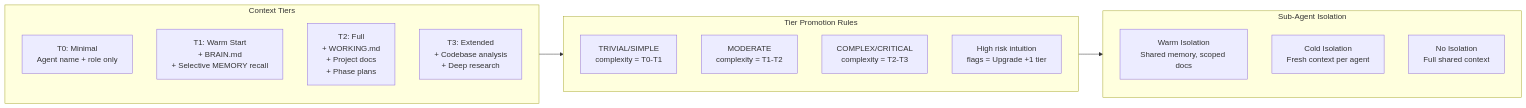
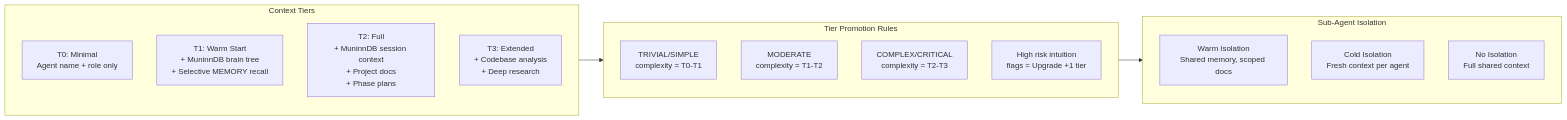
One commit to asibilia/luca-framework changed the eighth of 12 diagrams in docs/agent-framework/luca/framework-diagram.md. Above: the diagram before and after it, drawn with Mermaid. The commit also changed other lines of this file and 820 other files, not shown here.

````diff
--- a/docs/agent-framework/luca/framework-diagram.md
+++ b/docs/agent-framework/luca/framework-diagram.md
@@ -408,25 +408,25 @@
 ```mermaid
 flowchart LR
     subgraph Tiers["Context Tiers"]
         T0["T0: Minimal<br/>Agent name + role only"]
-        T1["T1: Warm Start<br/>+ BRAIN.md<br/>+ Selective MEMORY recall"]
-        T2["T2: Full<br/>+ WORKING.md<br/>+ Project docs<br/>+ Phase plans"]
+        T1["T1: Warm Start<br/>+ MuninnDB brain tree<br/>+ Selective MEMORY recall"]
+        T2["T2: Full<br/>+ MuninnDB session context<br/>+ Project docs<br/>+ Phase plans"]
         T3["T3: Extended<br/>+ Codebase analysis<br/>+ Deep research"]
     end
 
     subgraph Promotion["Tier Promotion Rules"]
         RULE1["TRIVIAL/SIMPLE<br/>complexity = T0-T1"]
         RULE2["MODERATE<br/>complexity = T1-T2"]
         RULE3["COMPLEX/CRITICAL<br/>complexity = T2-T3"]
         RULE4["High risk intuition<br/>flags = Upgrade +1 tier"]
     end
 
     subgraph Isolation["Sub-Agent Isolation"]
         WARM["Warm Isolation<br/>Shared memory, scoped docs"]
         COLD["Cold Isolation<br/>Fresh context per agent"]
         NONE["No Isolation<br/>Full shared context"]
     end
 
     Tiers --> Promotion
     Promotion --> Isolation
 ```
````
